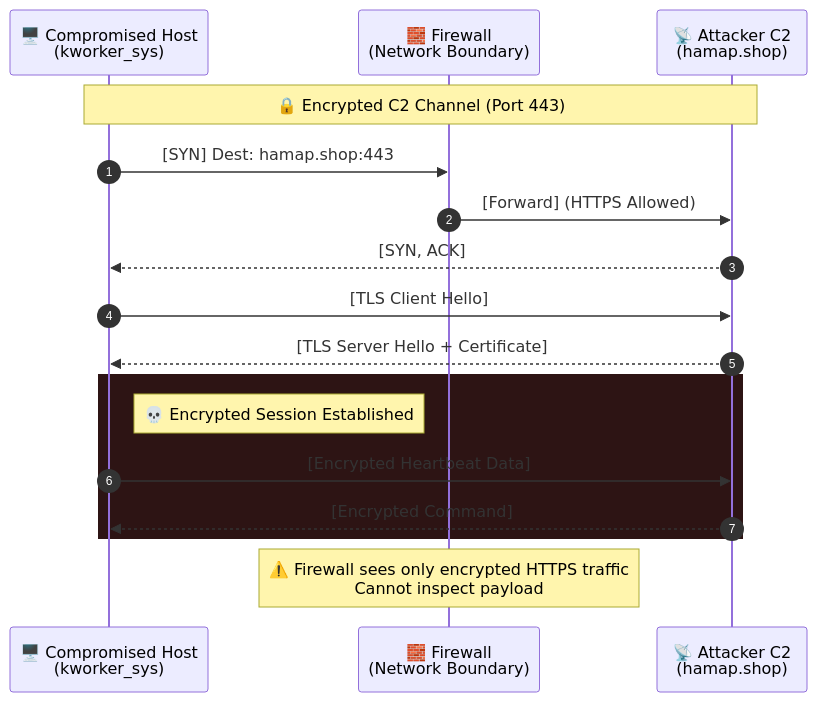
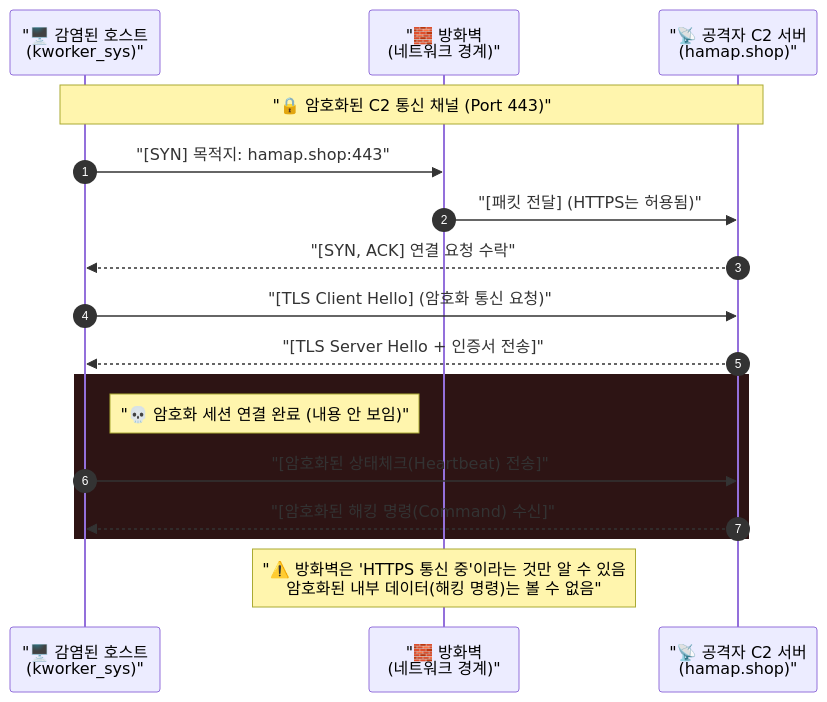
The third of 3 diagrams in _posts/cyberkillchain/2025-11-21-CKC-A.md (HamaPr/HamaPr.github.io), drawn with Mermaid before and after one commit.

````diff
--- a/_posts/cyberkillchain/2025-11-21-CKC-A.md
+++ b/_posts/cyberkillchain/2025-11-21-CKC-A.md
@@ -499,24 +499,25 @@
 ```mermaid
 sequenceDiagram
     autonumber
-    participant Target as 🖥️ Compromised Host<br>(kworker_sys)
-    participant FW as 🧱 Firewall<br>(Network Boundary)
-    participant C2 as 📡 Attacker C2<br>(hamap.shop)
+    
+    participant Target as "🖥️ 감염된 호스트<br>(kworker_sys)"
+    participant FW as "🧱 방화벽<br>(네트워크 경계)"
+    participant C2 as "📡 공격자 C2 서버<br>(hamap.shop)"
 
-    Note over Target, C2: 🔒 Encrypted C2 Channel (Port 443)
+    Note over Target, C2: "🔒 암호화된 C2 통신 채널 (Port 443)"
     
-    Target->>FW: [SYN] Dest: hamap.shop:443
-    FW->>C2: [Forward] (HTTPS Allowed)
-    C2-->>Target: [SYN, ACK]
+    Target->>FW: "[SYN] 목적지: hamap.shop:443"
+    FW->>C2: "[패킷 전달] (HTTPS는 허용됨)"
+    C2-->>Target: "[SYN, ACK] 연결 요청 수락"
     
-    Target->>C2: [TLS Client Hello]
-    C2-->>Target: [TLS Server Hello + Certificate]
+    Target->>C2: "[TLS Client Hello] (암호화 통신 요청)"
+    C2-->>Target: "[TLS Server Hello + 인증서 전송]"
     
     rect rgb(45, 20, 20)
-        Note right of Target: 💀 Encrypted Session Established
-        Target->>C2: [Encrypted Heartbeat Data]
-        C2-->>Target: [Encrypted Command]
+        Note right of Target: "💀 암호화 세션 연결 완료 (내용 안 보임)"
+        Target->>C2: "[암호화된 상태체크(Heartbeat) 전송]"
+        C2-->>Target: "[암호화된 해킹 명령(Command) 수신]"
     end
     
-    Note over FW: ⚠️ Firewall sees only encrypted HTTPS traffic<br>Cannot inspect payload
+    Note over FW: "⚠️ 방화벽은 'HTTPS 통신 중'이라는 것만 알 수 있음<br>암호화된 내부 데이터(해킹 명령)는 볼 수 없음"
 ```
````
